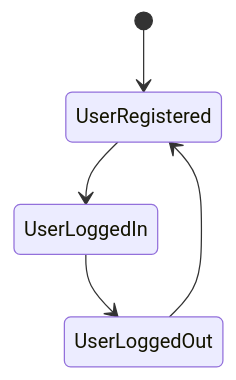
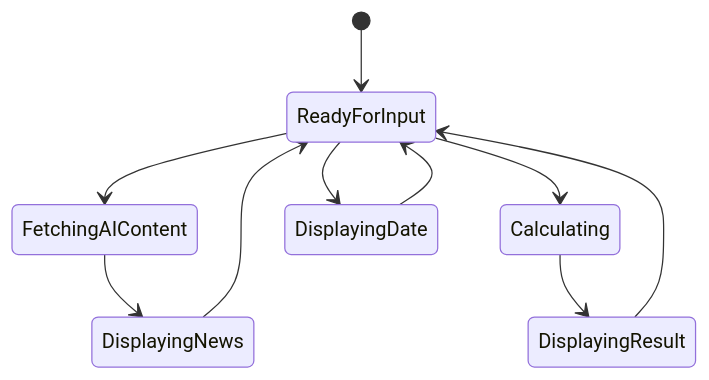
Before and after one commit to thoaihcmc/docs-pipeline-e2e-test: the second of 3 diagrams in docs/diagrams-preview.md, drawn with Mermaid. The commit also changed other lines of this file and 9 other files, not shown here.

````diff
--- a/docs/diagrams-preview.md
+++ b/docs/diagrams-preview.md
@@ -50,7 +23,12 @@
 ```mermaid
-  stateDiagram-v2
-    [*] --> UserRegistered
-    UserRegistered --> UserLoggedIn
-    UserLoggedIn --> UserLoggedOut
-    UserLoggedOut --> UserRegistered
+stateDiagram-v2  
+    [*] --> ReadyForInput  
+    ReadyForInput --> FetchingAIContent  
+    FetchingAIContent --> DisplayingNews  
+    DisplayingNews --> ReadyForInput  
+    ReadyForInput --> Calculating  
+    Calculating --> DisplayingResult  
+    DisplayingResult --> ReadyForInput  
+    ReadyForInput --> DisplayingDate  
+    DisplayingDate --> ReadyForInput
 ```
````
